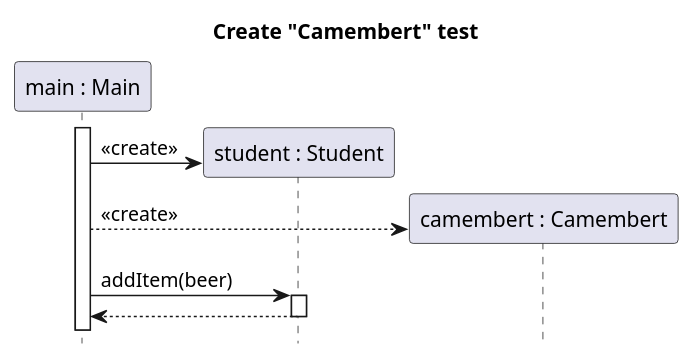
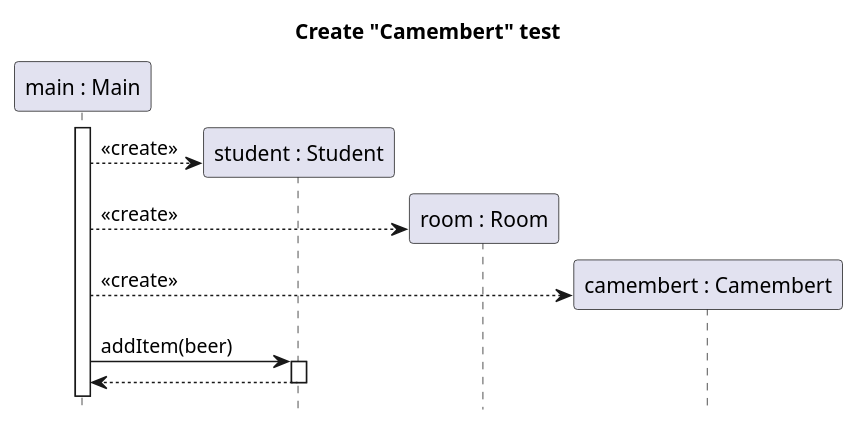
One commit to sn4k3ch4rm3r/logarlec changed the diagram in docs/diagrams/test-create-sequence/student_use_camembert_create.puml. Above: the diagram before and after it, drawn with PlantUML. The commit also changed 17 other files, not shown here.

Commit message:
Modified sequence diagrams

```diff
--- a/docs/diagrams/test-create-sequence/student_use_camembert_create.puml
+++ b/docs/diagrams/test-create-sequence/student_use_camembert_create.puml
@@ -1,17 +1,20 @@
 @startuml item-beer-use-create
 title Create "Camembert" test
 hide footbox
 
 participant "main : Main" as main
 participant "student : Student" as student
+participant "room : Room" as room
 participant "camembert : Camembert" as camembert
 
 main++
 create student
-main -> student : <<create>>
+main --> student : <<create>>
+create room
+main --> room : <<create>>
 create camembert
 main --> camembert : <<create>>
 main -> student ++ : addItem(beer)
 return
 
 @enduml
```
